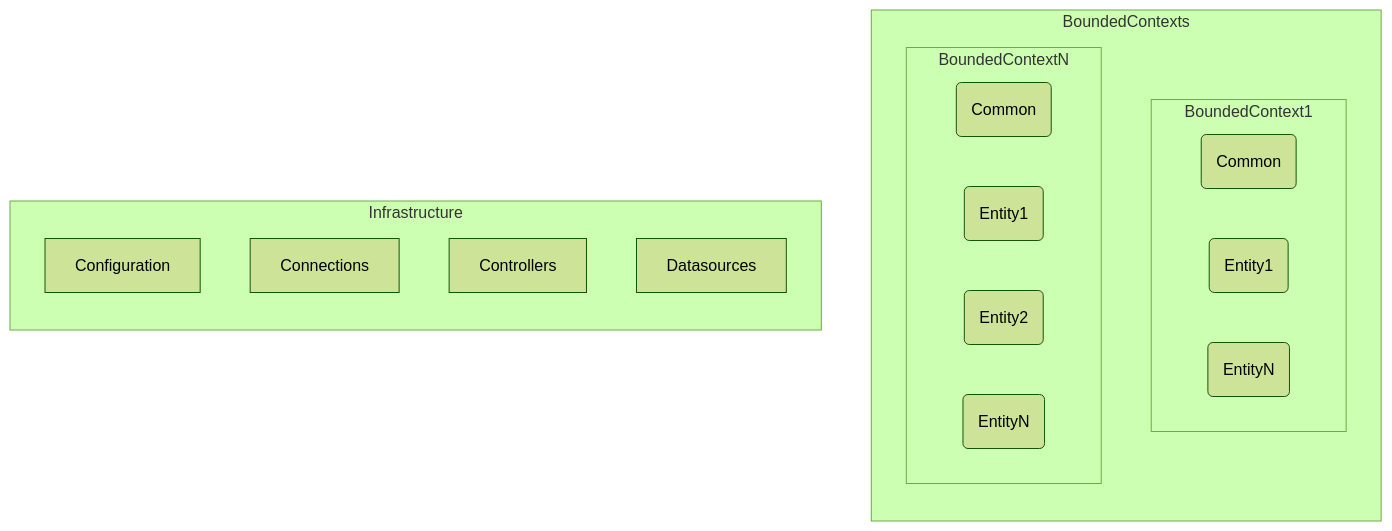
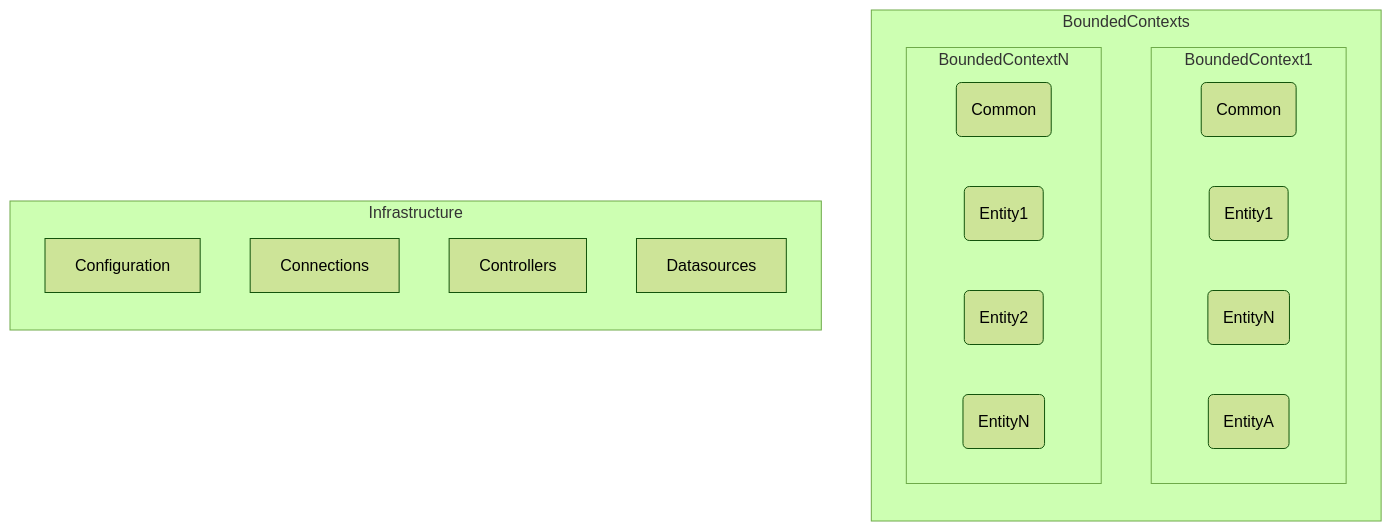
Before and after one commit to IciaCarroBarallobre/TESTMermaidAction: the diagram in README.md, drawn with Mermaid (forest theme).

````diff
--- a/README.md
+++ b/README.md
@@ -10,23 +10,24 @@
 ```mermaid
 graph BR
         subgraph BoundedContexts
           subgraph BoundedContext1
             Common1(Common)
             entity11(Entity1)
             entity1N(EntityN)
-          end
+            entity1aN(EntityA)
+        end
 
           subgraph BoundedContextN
             CommonN(Common)
             entityN1(Entity1)
             entityN2(Entity2)
             entityNN(EntityN)
           end
         end
         subgraph Infrastructure
           Configuration
           Connections
           Controllers
           Datasources
         end
 ```
````
